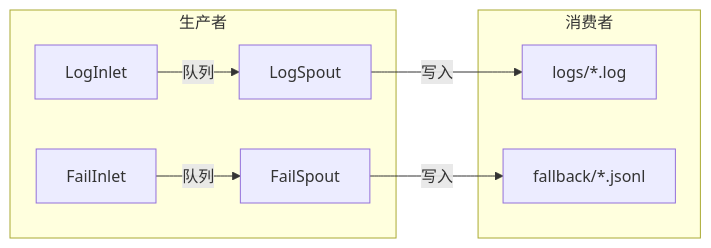
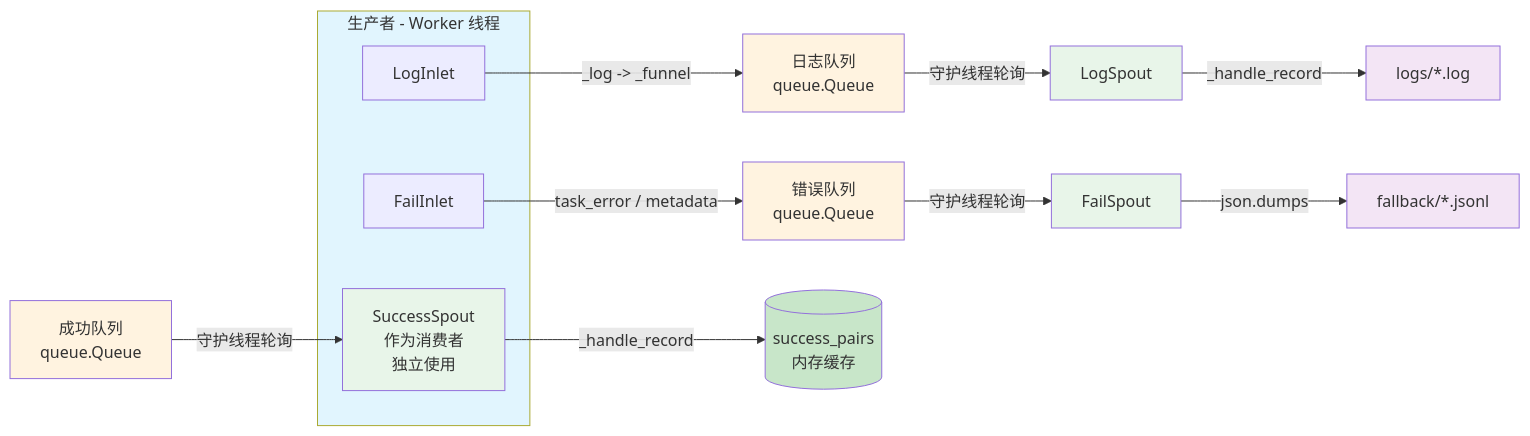
The diagram in docs/zh-CN/src/persistence/__init__.md (Mr-xiaotian/CelestialFlow), drawn with Mermaid before and after one commit. The commit also changed 9 other files, not shown here.

Commit message:
[Chore](docs) add more mermaid

````diff
--- a/docs/zh-CN/src/persistence/__init__.md
+++ b/docs/zh-CN/src/persistence/__init__.md
@@ -95,11 +95,37 @@
 ```mermaid
 flowchart LR
-    subgraph 生产者
-        LogInlet -->|队列| LogSpout
-        FailInlet -->|队列| FailSpout
+    subgraph Producer[生产者 - Worker 线程]
+        LogInlet[LogInlet]
+        FailInlet[FailInlet]
+        SuccessSpout[SuccessSpout
+作为消费者
+独立使用]
     end
-    subgraph 消费者
-        LogSpout -->|写入| LogFile[logs/*.log]
-        FailSpout -->|写入| FailFile[fallback/*.jsonl]
-    end
+
+    LogInlet -->|_log -> _funnel| LogQueue[日志队列
+queue.Queue]
+    FailInlet -->|task_error / metadata| FailQueue[错误队列
+queue.Queue]
+
+    LogQueue -->|守护线程轮询| LogSpout[LogSpout]
+    FailQueue -->|守护线程轮询| FailSpout[FailSpout]
+
+    LogSpout -->|_handle_record| LogFile[logs/*.log]
+    FailSpout -->|json.dumps| FailFile[fallback/*.jsonl]
+
+    SrcQueue[成功队列
+queue.Queue] -->|守护线程轮询| SuccessSpout
+    SuccessSpout -->|_handle_record| Cache[(success_pairs
+内存缓存)]
+
+    style Producer fill:#e1f5fe
+    style LogQueue fill:#fff3e0
+    style FailQueue fill:#fff3e0
+    style SrcQueue fill:#fff3e0
+    style LogSpout fill:#e8f5e9
+    style FailSpout fill:#e8f5e9
+    style SuccessSpout fill:#e8f5e9
+    style LogFile fill:#f3e5f5
+    style FailFile fill:#f3e5f5
+    style Cache fill:#c8e6c9
 ```
````
